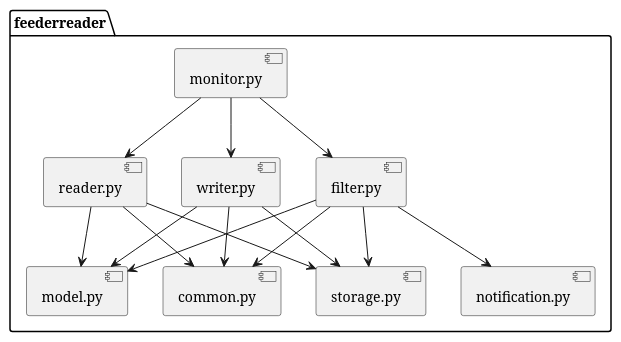
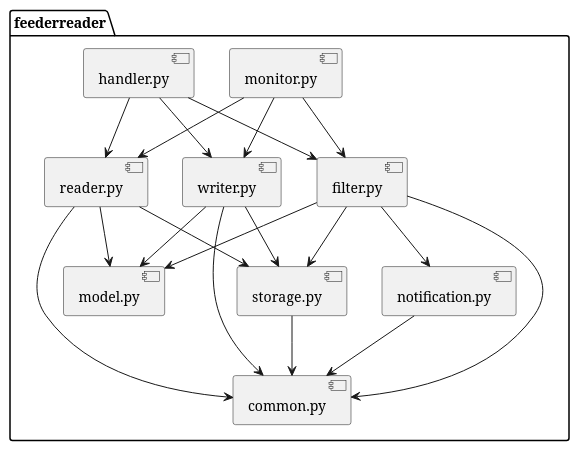
Before and after one commit to slott56/FeederReader: the first of 12 diagrams in docs/components.rst, drawn with PlantUML. The commit also changed other lines of this file and 57 other files, not shown here.

```diff
--- a/docs/components.rst
+++ b/docs/components.rst
@@ -7,34 +7,41 @@
 ..  plantuml::
 
     @startuml
 
     package feederreader {
         component model.py
         component common.py
         component storage.py
         component notification.py
         component reader.py
         component filter.py
         component writer.py
         component monitor.py
+        component handler.py
     }
+
+    handler.py --> reader.py
+    handler.py --> filter.py
+    handler.py --> writer.py
 
     monitor.py --> reader.py
     monitor.py --> filter.py
     monitor.py --> writer.py
 
     filter.py --> notification.py
 
     reader.py --> model.py
     filter.py --> model.py
     writer.py --> model.py
 
+    reader.py --> storage.py
+    filter.py --> storage.py
+    writer.py --> storage.py
+
+    notification.py --> common.py
+    storage.py --> common.py
     reader.py --> common.py
     filter.py --> common.py
     writer.py --> common.py
 
-    reader.py --> storage.py
-    filter.py --> storage.py
-    writer.py --> storage.py
-
     @enduml
```
